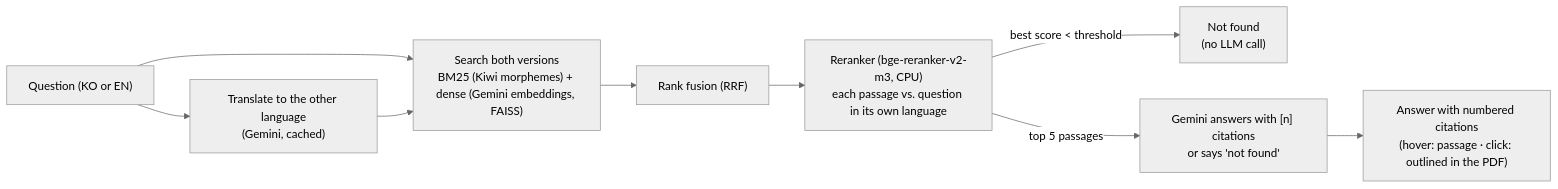
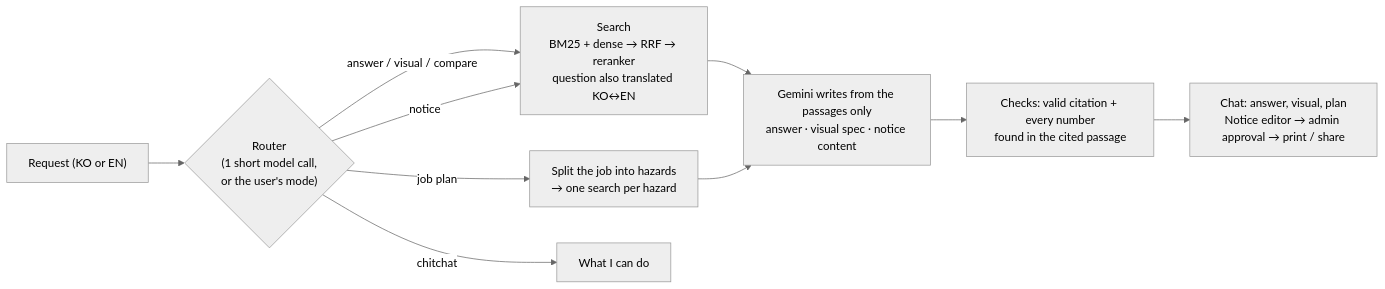
Before and after one commit to AlexL71/plant-safety-rag: the diagram in README.md, drawn with Mermaid (neutral theme). The commit also changed other lines of this file and 43 other files, not shown here.

First line of the commit message:
SafetyAgent: agent router, visuals, job plans, notices, rebrand (work in progress)

````diff
--- a/README.md
+++ b/README.md
@@ -87,11 +27,12 @@
 ```mermaid
 flowchart LR
-    Q["Question (KO or EN)"] --> T["Translate to the other language<br/>(Gemini, cached)"]
-    Q --> S
-    T --> S["Search both versions<br/>BM25 (Kiwi morphemes) + dense (Gemini embeddings, FAISS)"]
-    S --> F["Rank fusion (RRF)"]
-    F --> R["Reranker (bge-reranker-v2-m3, CPU)<br/>each passage vs. question in its own language"]
-    R -->|best score < threshold| N["Not found<br/>(no LLM call)"]
-    R -->|top 5 passages| G["Gemini answers with [n] citations<br/>or says 'not found'"]
-    G --> A["Answer with numbered citations<br/>(hover: passage · click: outlined in the PDF)"]
+    U["Request (KO or EN)"] --> R{"Router<br/>(1 short model call,<br/>or the user's mode)"}
+    R -->|answer / visual / compare| S["Search<br/>BM25 + dense → RRF → reranker<br/>question also translated KO↔EN"]
+    R -->|job plan| H["Split the job into hazards<br/>→ one search per hazard"]
+    R -->|notice| S
+    R -->|chitchat| C["What I can do"]
+    S --> G["Gemini writes from the passages only<br/>answer · visual spec · notice content"]
+    H --> G
+    G --> K["Checks: valid citation + every number<br/>found in the cited passage"]
+    K --> O["Chat: answer, visual, plan<br/>Notice editor → admin approval → print / share"]
 ```
````
